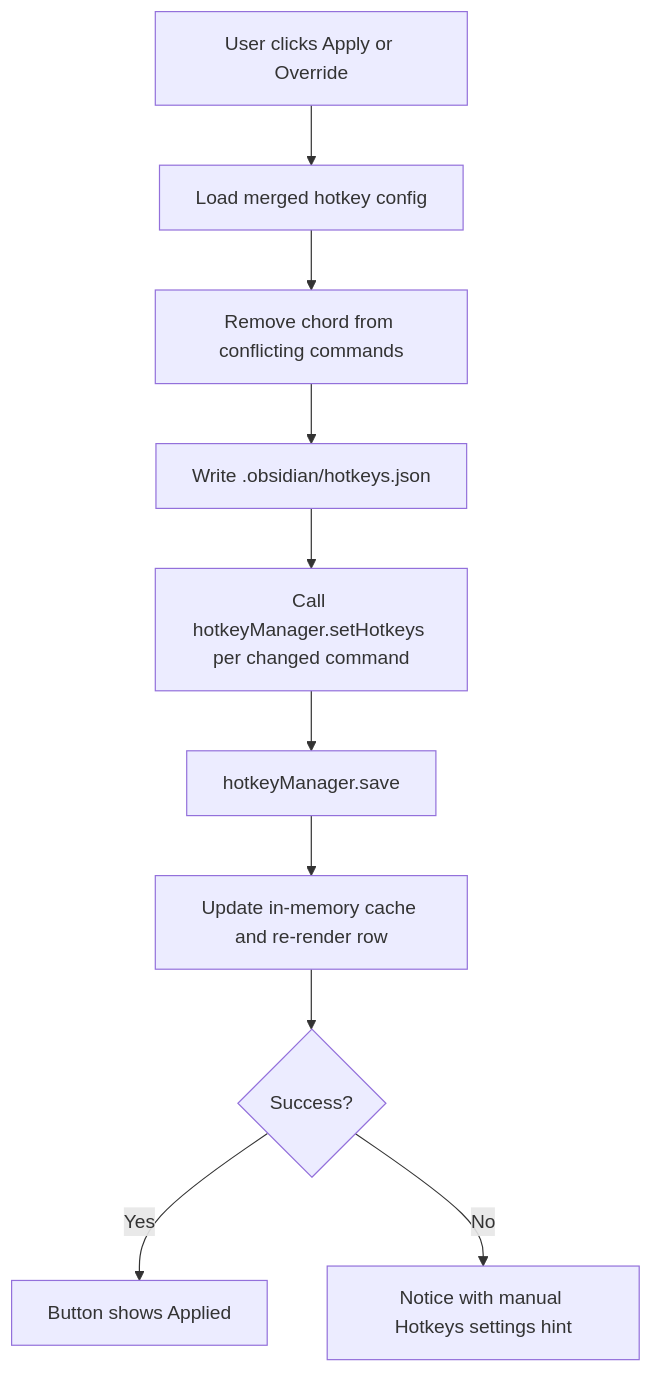
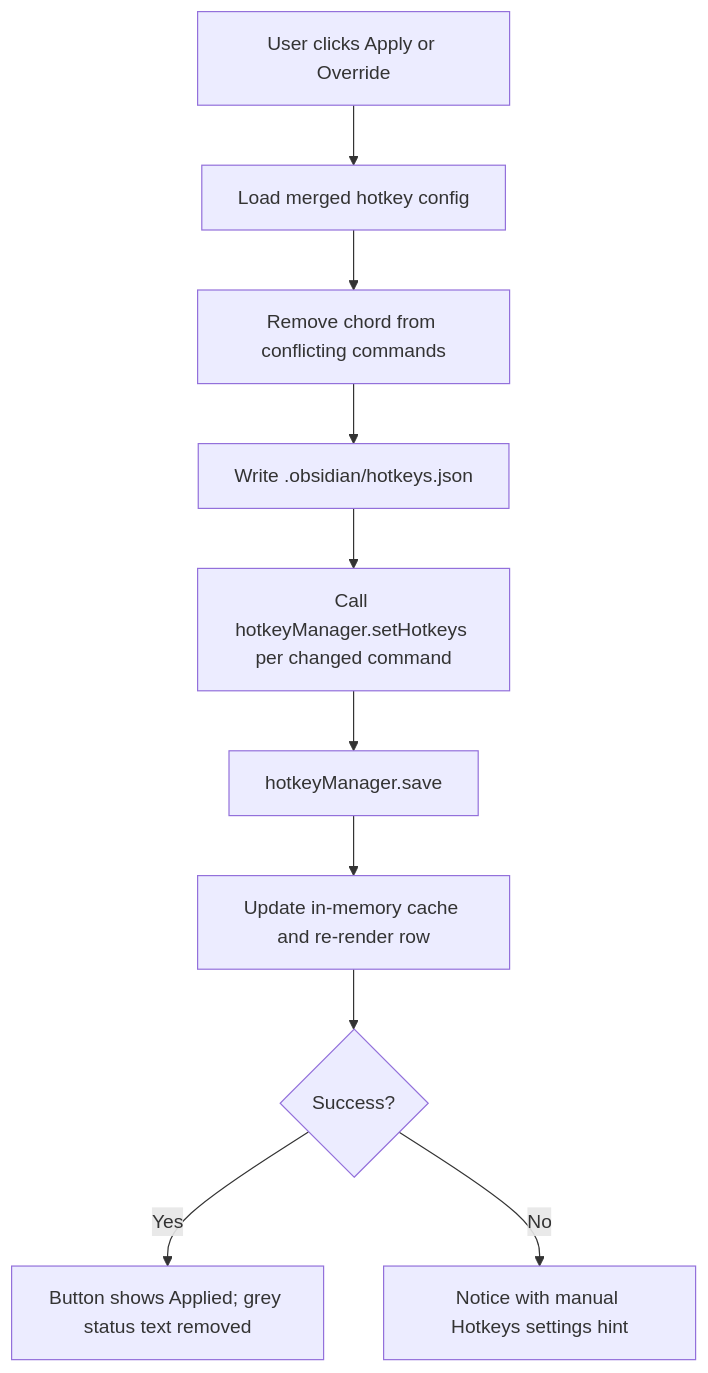
The second of 3 diagrams in docs/recommended-hotkeys.md (daledesilva/obsidian_project-browser), drawn with Mermaid before and after one commit. The commit also changed other lines of this file and 6 other files, not shown here.

First line of the commit message:
fixed: Let page-menu titles grow past two lines, dropped duplicate applied hotkey status text, and made previous/next state hotkeys work on project roots. Moved cycle commands off editorCallback so Card Browser project folders could update folder state instead of requiring a markdown editor.

````diff
--- a/docs/recommended-hotkeys.md
+++ b/docs/recommended-hotkeys.md
@@ -40,12 +45,12 @@
 ```mermaid
 flowchart TD
     A[User clicks Apply or Override] --> B[Load merged hotkey config]
     B --> C[Remove chord from conflicting commands]
     C --> D[Write .obsidian/hotkeys.json]
     D --> E[Call hotkeyManager.setHotkeys per changed command]
     E --> F[hotkeyManager.save]
     F --> G[Update in-memory cache and re-render row]
     G --> H{Success?}
-    H -->|Yes| I[Button shows Applied]
+    H -->|Yes| I[Button shows Applied; grey status text removed]
     H -->|No| J[Notice with manual Hotkeys settings hint]
 ```
````
